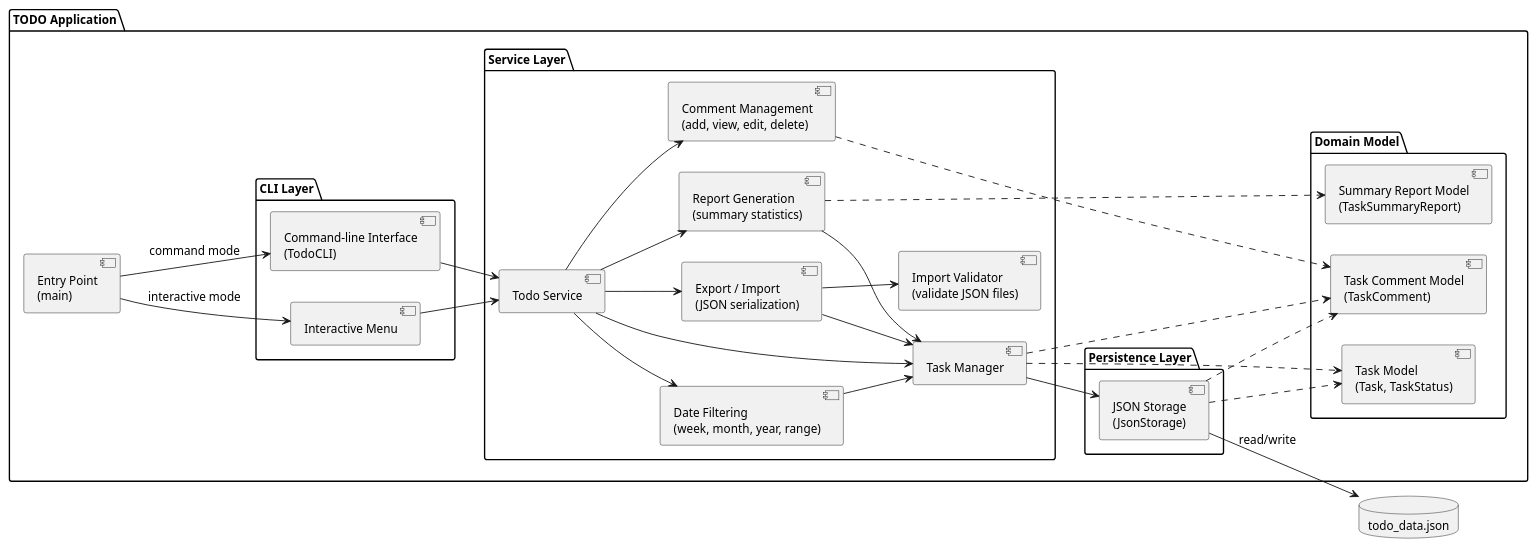
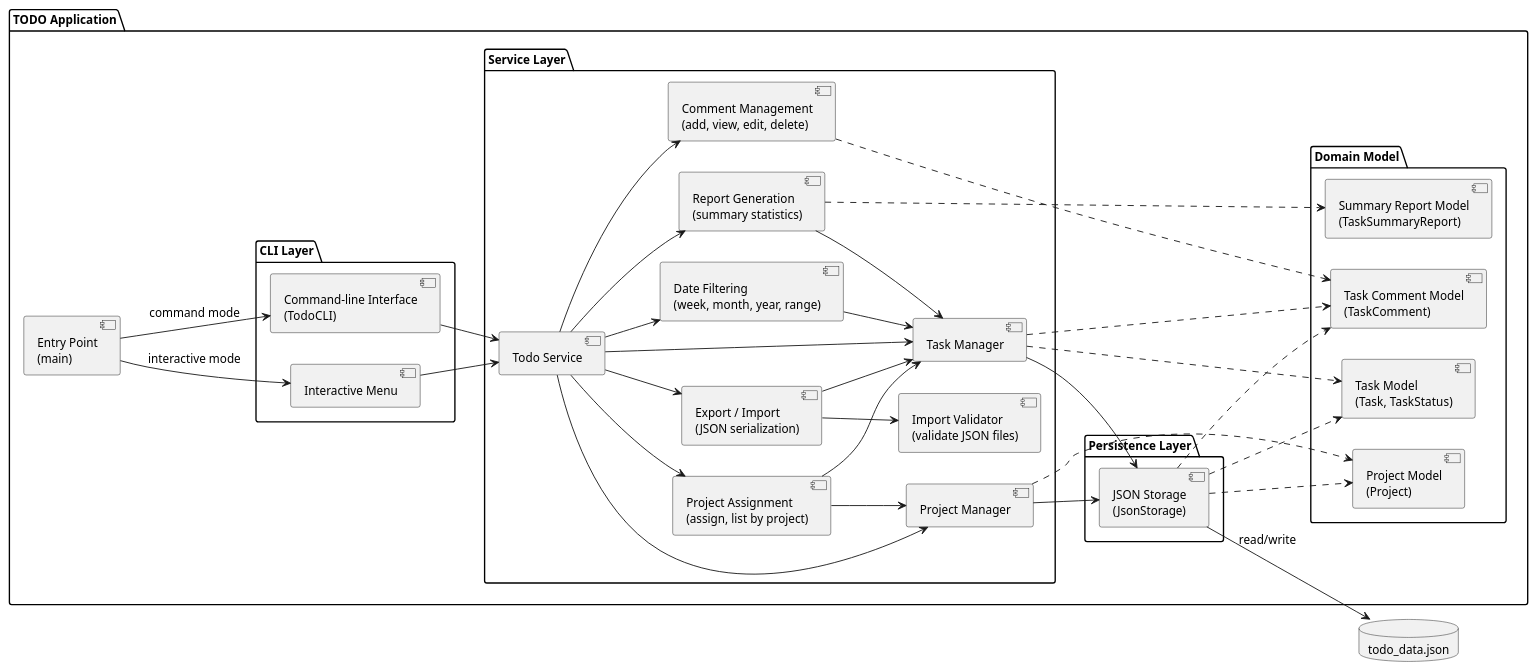
The diagram in experiments/pipeline/user_stories/TODO/artifacts/component_diagram.puml (DanielRiha8906/Software_autoevolution_using_agents), drawn with PlantUML before and after one commit. The commit also changed 20 other files, not shown here.

```diff
--- a/experiments/pipeline/user_stories/TODO/artifacts/component_diagram.puml
+++ b/experiments/pipeline/user_stories/TODO/artifacts/component_diagram.puml
@@ -1,65 +1,75 @@
 @startuml component_diagram
 
 skinparam componentStyle uml2
 skinparam defaultFontSize 13
 
 left to right direction
 
 package "TODO Application" {
 
     component "Entry Point\n(main)" as Main
 
     package "CLI Layer" {
         component "Interactive Menu" as IM
         component "Command-line Interface\n(TodoCLI)" as CLI
     }
 
     package "Service Layer" {
         component "Todo Service" as SVC
         component "Task Manager" as MGR
+        component "Project Manager" as PMGR
         component "Comment Management\n(add, view, edit, delete)" as CMT
         component "Date Filtering\n(week, month, year, range)" as DateFilter
+        component "Project Assignment\n(assign, list by project)" as ProjectAssign
         component "Report Generation\n(summary statistics)" as Report
         component "Import Validator\n(validate JSON files)" as ImportVal
         component "Export / Import\n(JSON serialization)" as ExportImport
     }
 
     package "Domain Model" {
         component "Task Model\n(Task, TaskStatus)" as Model
+        component "Project Model\n(Project)" as ProjectModel
         component "Task Comment Model\n(TaskComment)" as CommentModel
         component "Summary Report Model\n(TaskSummaryReport)" as ReportModel
     }
 
     package "Persistence Layer" {
         component "JSON Storage\n(JsonStorage)" as Storage
     }
 }
 
 database "todo_data.json" as DB
 
 Main --> IM : interactive mode
 Main --> CLI : command mode
 
 IM --> SVC
 CLI --> SVC
 
 SVC --> MGR
+SVC --> PMGR
 SVC --> CMT
 SVC --> DateFilter
+SVC --> ProjectAssign
 SVC --> Report
 SVC --> ExportImport
 ExportImport --> ImportVal
 ExportImport --> MGR
 DateFilter --> MGR
+ProjectAssign --> MGR
+ProjectAssign --> PMGR
 Report --> MGR
 MGR --> Storage
 MGR ..> Model
 MGR ..> CommentModel
+PMGR --> Storage
+PMGR ..> ProjectModel
 CMT ..> CommentModel
 Report ..> ReportModel
 Storage ..> Model
+Storage ..> ProjectModel
 Storage ..> CommentModel
 
 Storage --> DB : read/write
 
 @enduml
```
